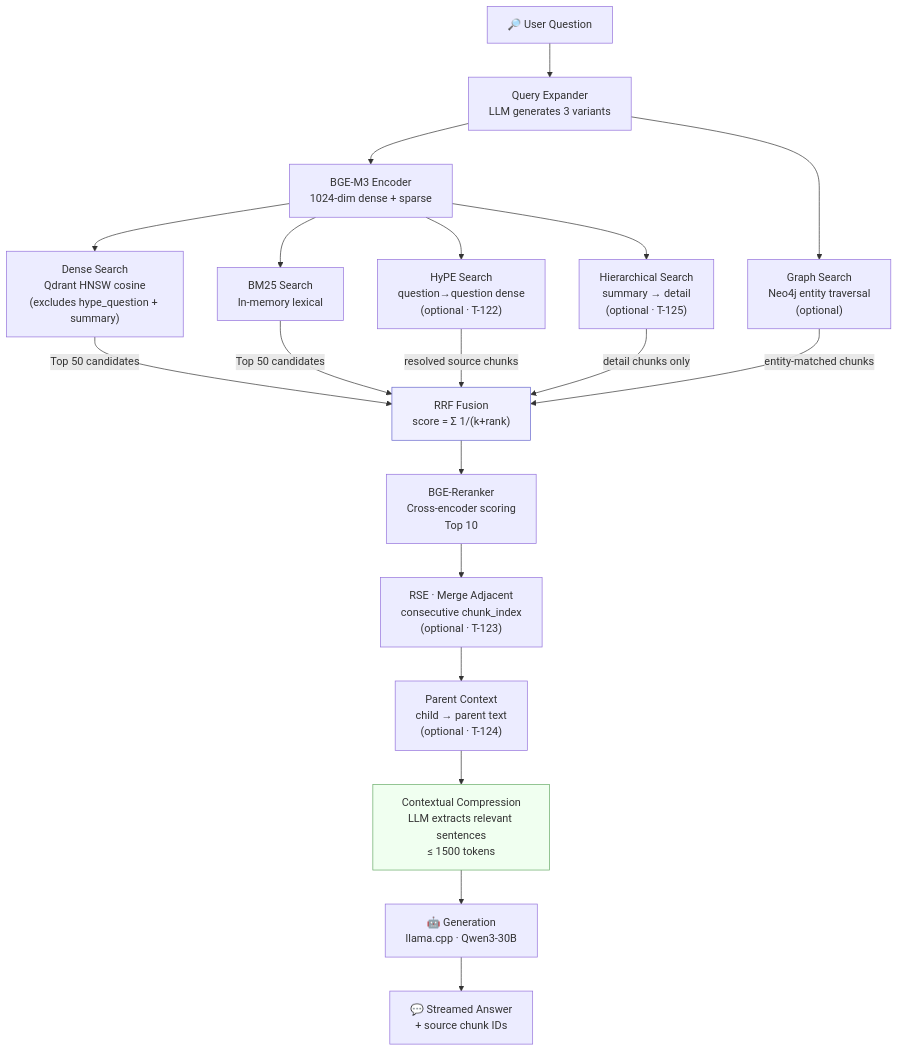
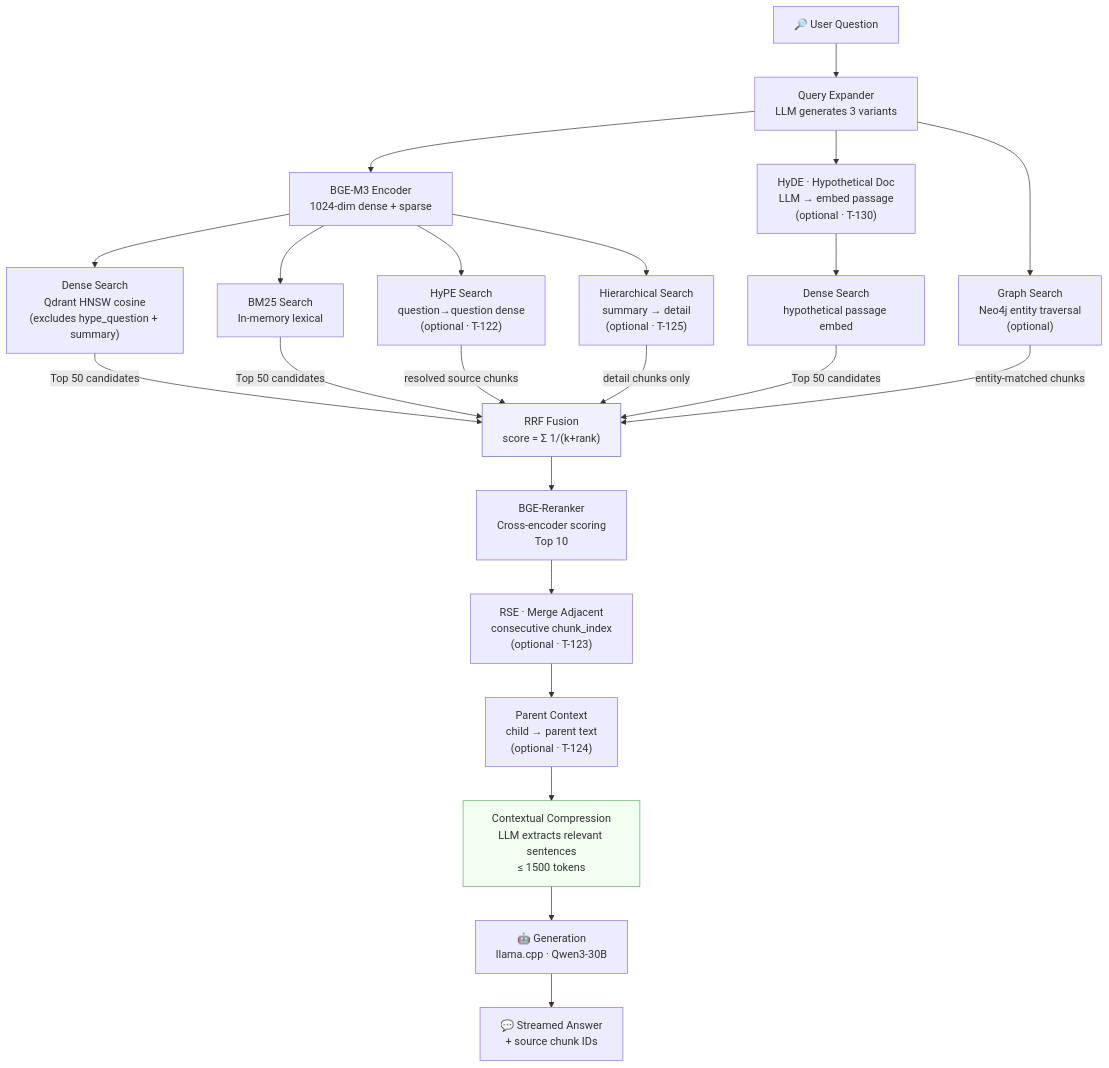
Before and after one commit to ealbertoav/rag_platform: the seventh of 10 diagrams in README.md, drawn with Mermaid. The commit also changed other lines of this file and 13 other files, not shown here.

````diff
--- a/README.md
+++ b/README.md
@@ -1221,27 +1229,30 @@
 ```mermaid
 flowchart TD
     Q["🔎 User Question"] --> QE["Query Expander<br/>LLM generates 3 variants"]
     QE --> EMB["BGE-M3 Encoder<br/>1024-dim dense + sparse"]
+    QE --> HYDE["HyDE · Hypothetical Doc<br/>LLM → embed passage<br/>(optional · T-130)"]
 
     EMB --> DS["Dense Search<br/>Qdrant HNSW cosine<br/>(excludes hype_question + summary)"]
+    HYDE --> DS2["Dense Search<br/>hypothetical passage embed"]
     EMB --> BS["BM25 Search<br/>In-memory lexical"]
     EMB --> HS["HyPE Search<br/>question→question dense<br/>(optional · T-122)"]
     EMB --> HRS["Hierarchical Search<br/>summary → detail<br/>(optional · T-125)"]
     QE --> GS["Graph Search<br/>Neo4j entity traversal<br/>(optional)"]
 
     DS -->|Top 50 candidates| RRF["RRF Fusion<br/>score = Σ 1/(k+rank)"]
+    DS2 -->|Top 50 candidates| RRF
     BS -->|Top 50 candidates| RRF
     HS -->|resolved source chunks| RRF
     HRS -->|detail chunks only| RRF
     GS -->|entity-matched chunks| RRF
 
     RRF --> RR["BGE-Reranker<br/>Cross-encoder scoring<br/>Top 10"]
     RR --> RSE["RSE · Merge Adjacent<br/>consecutive chunk_index<br/>(optional · T-123)"]
     RSE --> PC["Parent Context<br/>child → parent text<br/>(optional · T-124)"]
     PC --> CTX["Contextual Compression<br/>LLM extracts relevant sentences<br/>≤ 1500 tokens"]
     CTX --> GEN["🤖 Generation<br/>llama.cpp · Qwen3-30B"]
     GEN --> ANS["💬 Streamed Answer<br/>+ source chunk IDs"]
 
     style RRF fill:#f0f0ff,stroke:#6666cc
     style CTX fill:#f0fff0,stroke:#66aa66
 ```
````
